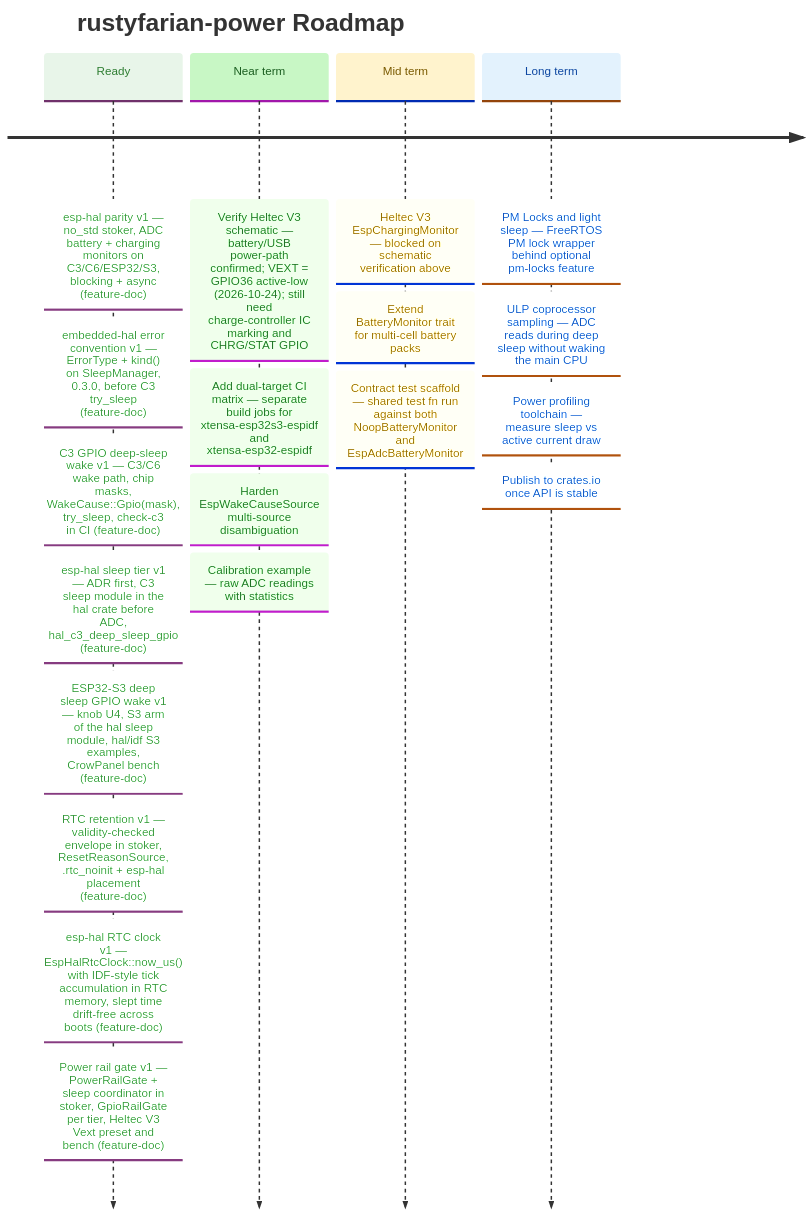
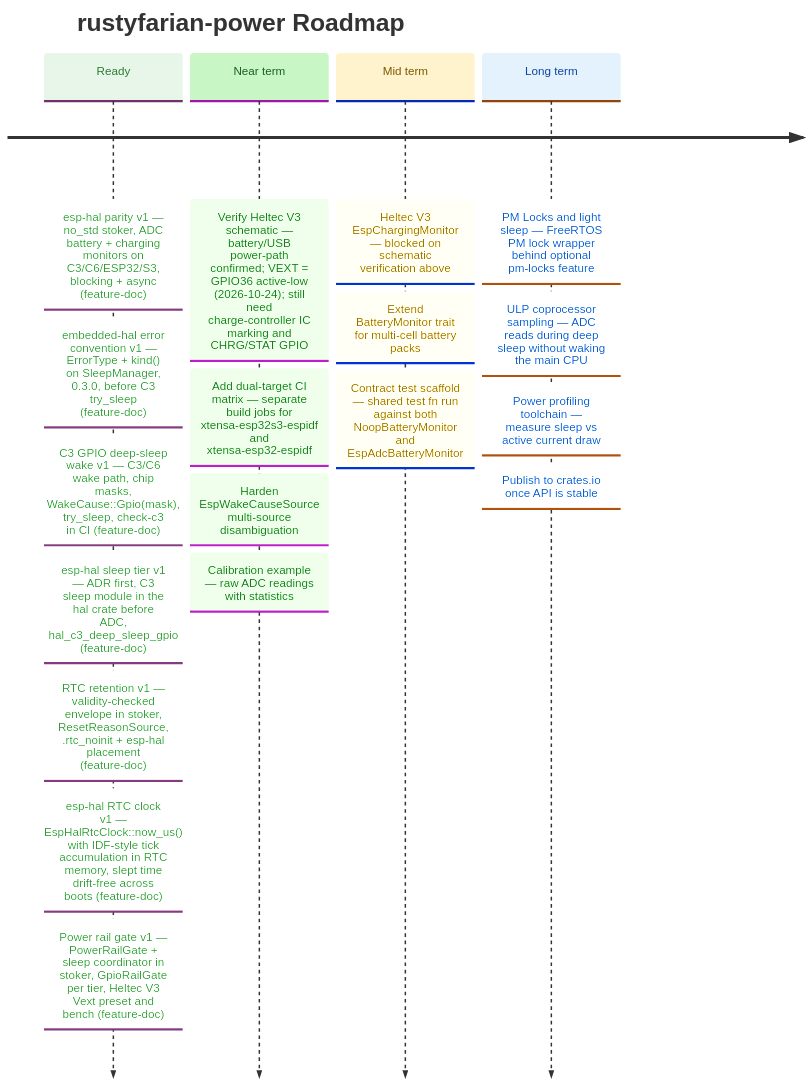
The diagram in docs/ROADMAP.md (datenkollektiv/rustyfarian-power), drawn with Mermaid before and after one commit. The commit also changed 8 other files, not shown here.

Commit message:
Roadmap Hygiene 2026-10-29

````diff
--- a/docs/ROADMAP.md
+++ b/docs/ROADMAP.md
@@ -12,41 +12,40 @@
 ```mermaid
 %%{init: {
   "theme": "base",
   "themeVariables": {
     "cScale0": "#e8f5e9",
     "cScaleLabel0": "#2e7d32",
     "cScale1": "#c8f7c5",
     "cScaleLabel1": "#1b5e20",
     "cScale2": "#fff3cd",
     "cScaleLabel2": "#7a5a00",
     "cScale3": "#e3f2fd",
     "cScaleLabel3": "#0d47a1"
   }
 }}%%
 
 timeline
     title rustyfarian-power Roadmap
 
     Ready     : esp-hal parity v1 — no_std stoker, ADC battery + charging monitors on C3/C6/ESP32/S3, blocking + async (feature-doc)
               : embedded-hal error convention v1 — ErrorType + kind() on SleepManager, 0.3.0, before C3 try_sleep (feature-doc)
               : C3 GPIO deep-sleep wake v1 — C3/C6 wake path, chip masks, WakeCause::Gpio(mask), try_sleep, check-c3 in CI (feature-doc)
               : esp-hal sleep tier v1 — ADR first, C3 sleep module in the hal crate before ADC, hal_c3_deep_sleep_gpio (feature-doc)
-              : ESP32-S3 deep sleep GPIO wake v1 — knob U4, S3 arm of the hal sleep module, hal/idf S3 examples, CrowPanel bench (feature-doc)
               : RTC retention v1 — validity-checked envelope in stoker, ResetReasonSource, .rtc_noinit + esp-hal placement (feature-doc)
               : esp-hal RTC clock v1 — EspHalRtcClock::now_us() with IDF-style tick accumulation in RTC memory, slept time drift-free across boots (feature-doc)
               : Power rail gate v1 — PowerRailGate + sleep coordinator in stoker, GpioRailGate per tier, Heltec V3 Vext preset and bench (feature-doc)
 
     Near term : Verify Heltec V3 schematic — battery/USB power-path confirmed; VEXT = GPIO36 active-low (2026-10-24); still need charge-controller IC marking and CHRG/STAT GPIO
               : Add dual-target CI matrix — separate build jobs for xtensa-esp32s3-espidf and xtensa-esp32-espidf
               : Harden EspWakeCauseSource multi-source disambiguation
               : Calibration example — raw ADC readings with statistics
 
     Mid term  : Heltec V3 EspChargingMonitor — blocked on schematic verification above
               : Extend BatteryMonitor trait for multi-cell battery packs
               : Contract test scaffold — shared test fn run against both NoopBatteryMonitor and EspAdcBatteryMonitor
 
     Long term : PM Locks and light sleep — FreeRTOS PM lock wrapper behind optional pm-locks feature
               : ULP coprocessor sampling — ADC reads during deep sleep without waking the main CPU
               : Power profiling toolchain — measure sleep vs active current draw
               : Publish to crates.io once API is stable
 ```
````
